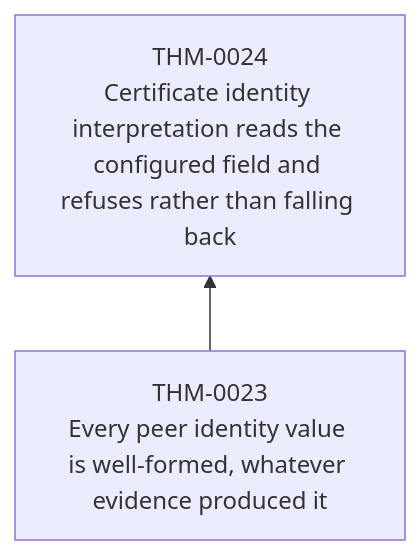
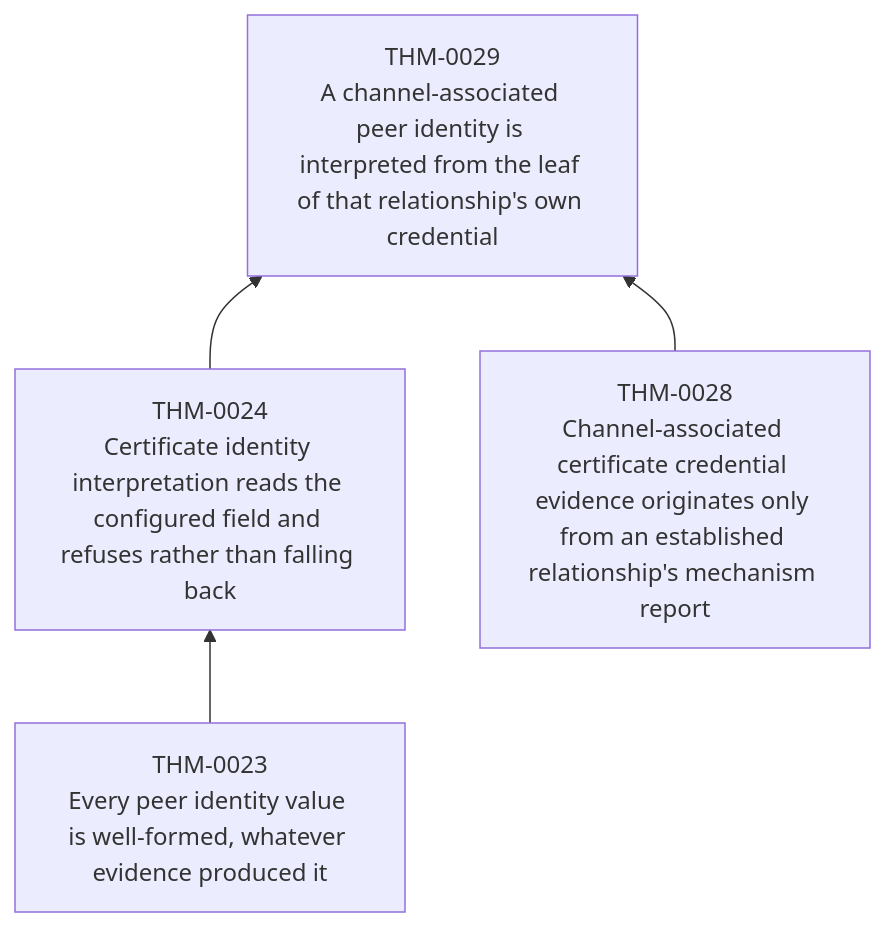
Before and after one commit to matssun/mcp-re: the tenth of 11 diagrams in verification/generated/theorem-dependencies.md, drawn with Mermaid. The commit also changed other lines of this file and 16 other files, not shown here.

````diff
--- a/verification/generated/theorem-dependencies.md
+++ b/verification/generated/theorem-dependencies.md
@@ -106,6 +106,10 @@
 ```mermaid
 graph BT
     THM_0023["THM-0023<br/>Every peer identity value is well-formed, whatever evidence produced it"]
     THM_0024["THM-0024<br/>Certificate identity interpretation reads the configured field and refuses rather than falling back"]
+    THM_0028["THM-0028<br/>Channel-associated certificate credential evidence originates only from an established relationship's mechanism report"]
+    THM_0029["THM-0029<br/>A channel-associated peer identity is interpreted from the leaf of that relationship's own credential"]
     THM_0023 --> THM_0024
+    THM_0024 --> THM_0029
+    THM_0028 --> THM_0029
 ```
````
